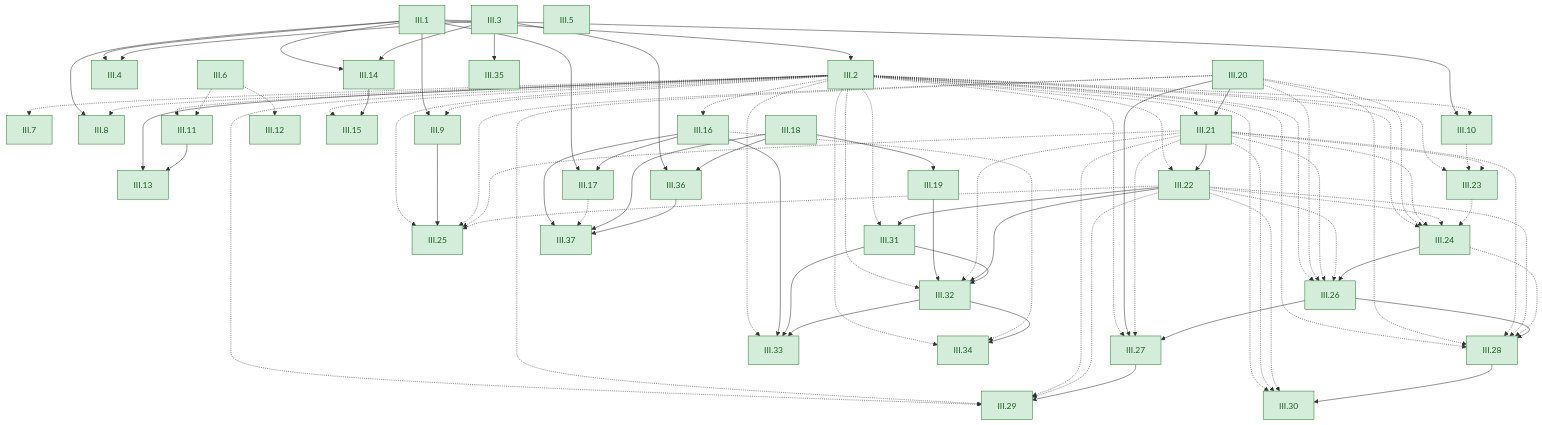
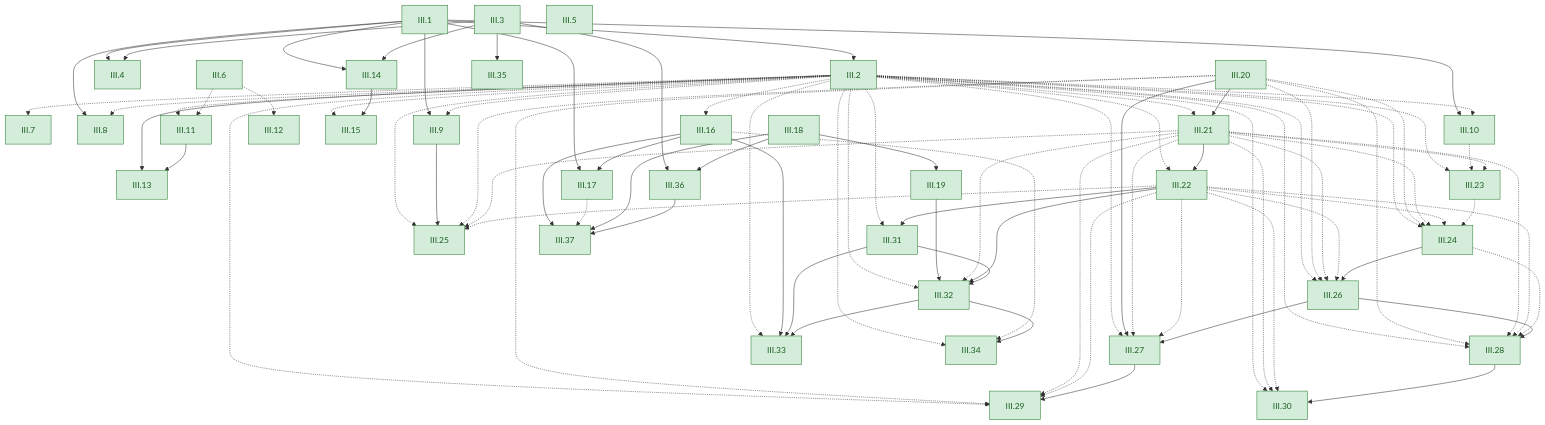
The sixth of 6 diagrams in GRAPH.md (dodecaplex-co/stoicheia), drawn with Mermaid before and after one commit. The commit also changed other lines of this file and 4 other files, not shown here.

Commit message:
Generated: facts.json, CERTIFICATE.md, GRAPH.md and the pages of III.8 and III.27 made afresh after the move (#332)

```diff
--- a/GRAPH.md
+++ b/GRAPH.md
@@ -845,6 +845,7 @@
   III2 -.-> III27
   III20 --> III27
   III21 -.-> III27
+  III22 -.-> III27
   III26 --> III27
   III2 -.-> III28
   III20 -.-> III28
```
